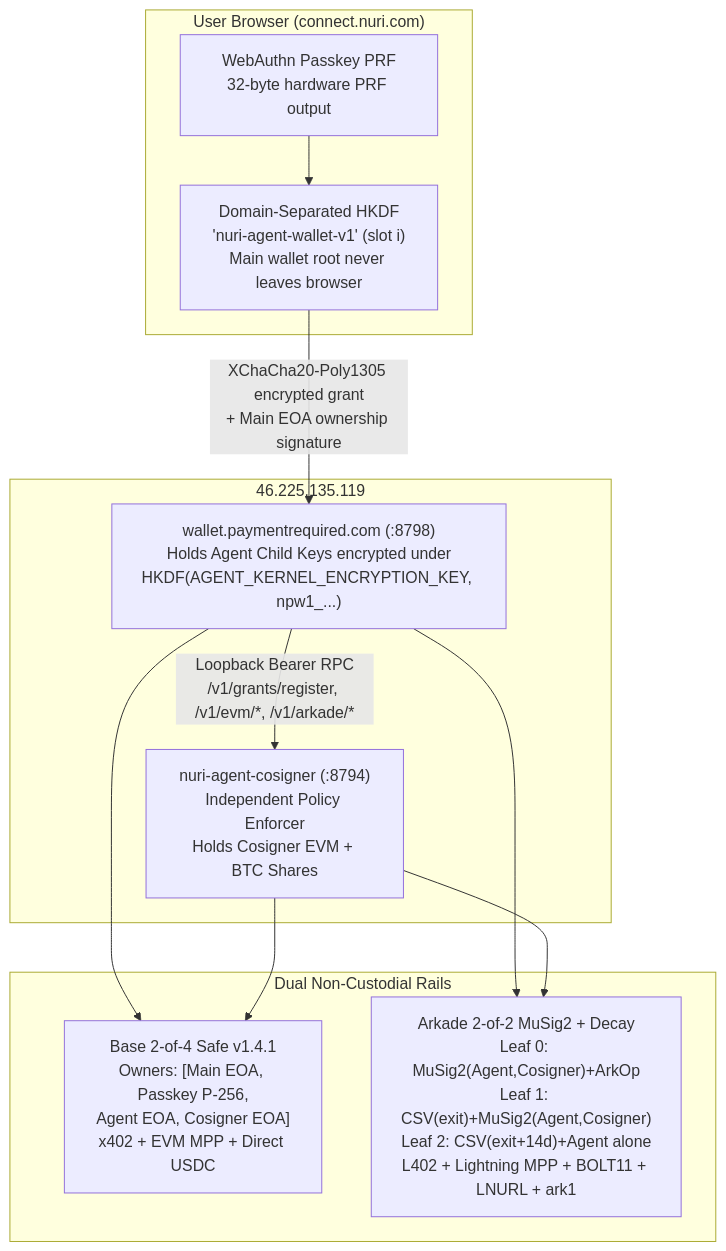
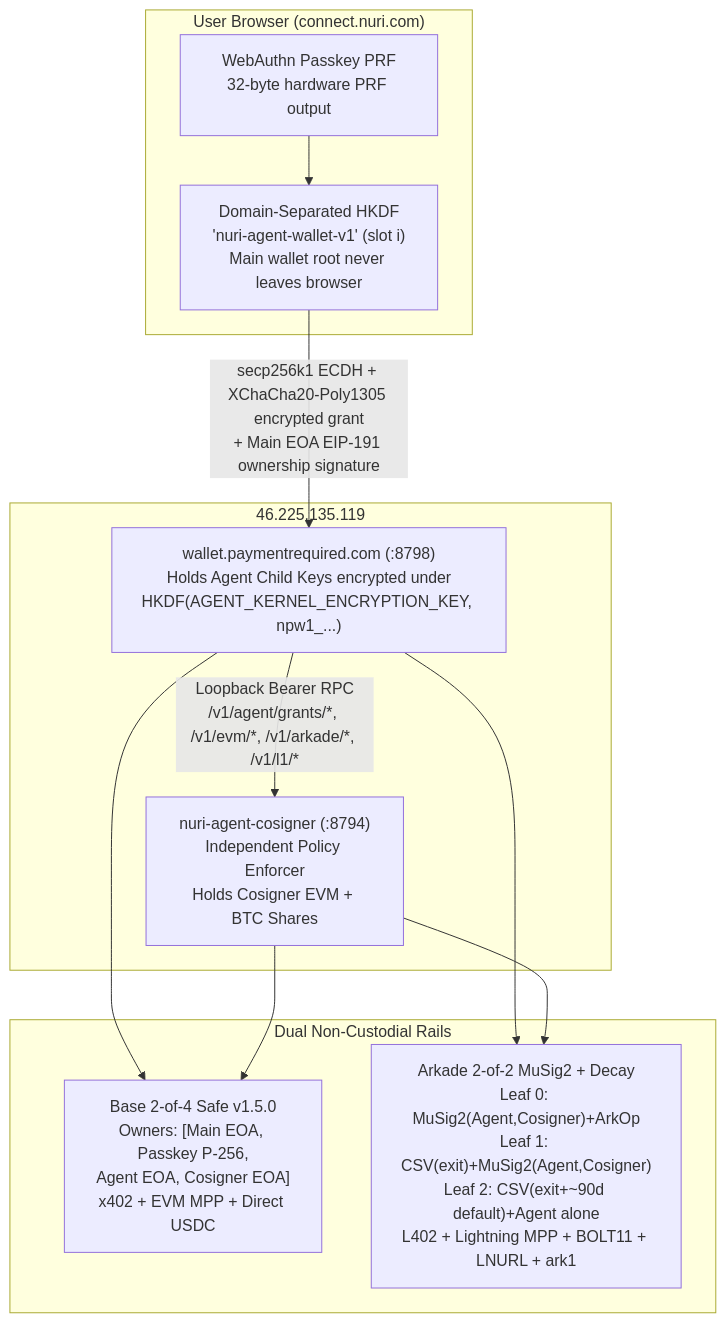
The diagram in docs/CUSTODY-EVOLUTION.md (nuri-com/wallet-paymentrequired-com), drawn with Mermaid before and after one commit. The commit also changed other lines of this file and 8 other files, not shown here.

````diff
--- a/docs/CUSTODY-EVOLUTION.md
+++ b/docs/CUSTODY-EVOLUTION.md
@@ -43,25 +43,25 @@
 ```mermaid
 flowchart TB
   subgraph UserBrowser["User Browser (connect.nuri.com)"]
     PK["WebAuthn Passkey PRF<br/>32-byte hardware PRF output"]
     DRV["Domain-Separated HKDF<br/>'nuri-agent-wallet-v1' (slot i)<br/>Main wallet root never leaves browser"]
     PK --> DRV
   end
 
   subgraph ToolServer["46.225.135.119"]
     W["wallet.paymentrequired.com (:8798)<br/>Holds Agent Child Keys encrypted under<br/>HKDF(AGENT_KERNEL_ENCRYPTION_KEY, npw1_...)"]
     CS["nuri-agent-cosigner (:8794)<br/>Independent Policy Enforcer<br/>Holds Cosigner EVM + BTC Shares"]
-    DRV -- "XChaCha20-Poly1305 encrypted grant<br/>+ Main EOA ownership signature" --> W
-    W -- "Loopback Bearer RPC<br/>/v1/grants/register, /v1/evm/*, /v1/arkade/*" --> CS
+    DRV -- "secp256k1 ECDH + XChaCha20-Poly1305 encrypted grant<br/>+ Main EOA EIP-191 ownership signature" --> W
+    W -- "Loopback Bearer RPC<br/>/v1/agent/grants/*, /v1/evm/*, /v1/arkade/*, /v1/l1/*" --> CS
   end
 
   subgraph Rails["Dual Non-Custodial Rails"]
-    SAFE["Base 2-of-4 Safe v1.4.1<br/>Owners: [Main EOA, Passkey P-256,<br/>Agent EOA, Cosigner EOA]<br/>x402 + EVM MPP + Direct USDC"]
-    ARK["Arkade 2-of-2 MuSig2 + Decay<br/>Leaf 0: MuSig2(Agent,Cosigner)+ArkOp<br/>Leaf 1: CSV(exit)+MuSig2(Agent,Cosigner)<br/>Leaf 2: CSV(exit+14d)+Agent alone<br/>L402 + Lightning MPP + BOLT11 + LNURL + ark1"]
+    SAFE["Base 2-of-4 Safe v1.5.0<br/>Owners: [Main EOA, Passkey P-256,<br/>Agent EOA, Cosigner EOA]<br/>x402 + EVM MPP + Direct USDC"]
+    ARK["Arkade 2-of-2 MuSig2 + Decay<br/>Leaf 0: MuSig2(Agent,Cosigner)+ArkOp<br/>Leaf 1: CSV(exit)+MuSig2(Agent,Cosigner)<br/>Leaf 2: CSV(exit+~90d default)+Agent alone<br/>L402 + Lightning MPP + BOLT11 + LNURL + ark1"]
   end
 
   W --> SAFE
   CS --> SAFE
   W --> ARK
   CS --> ARK
 ```
````
